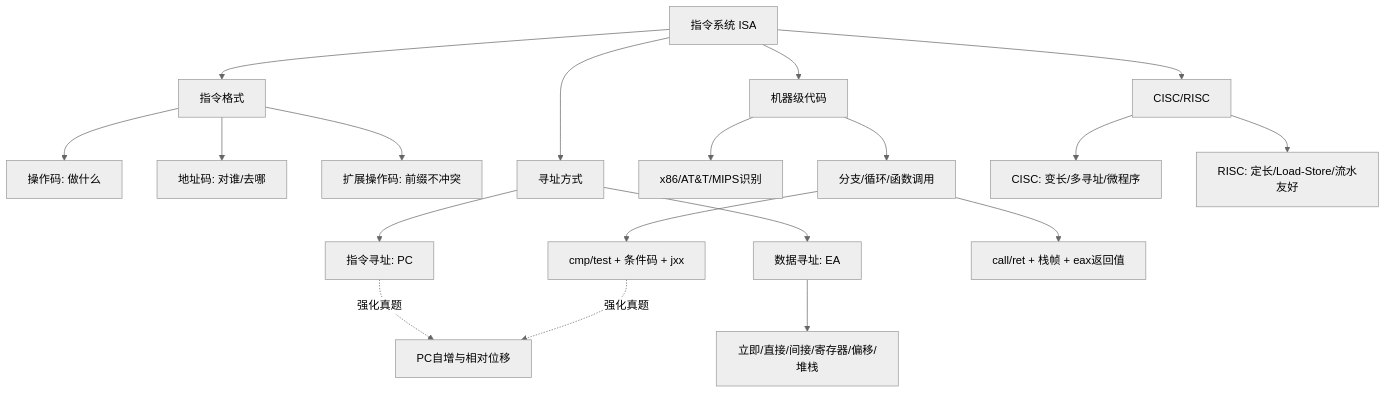
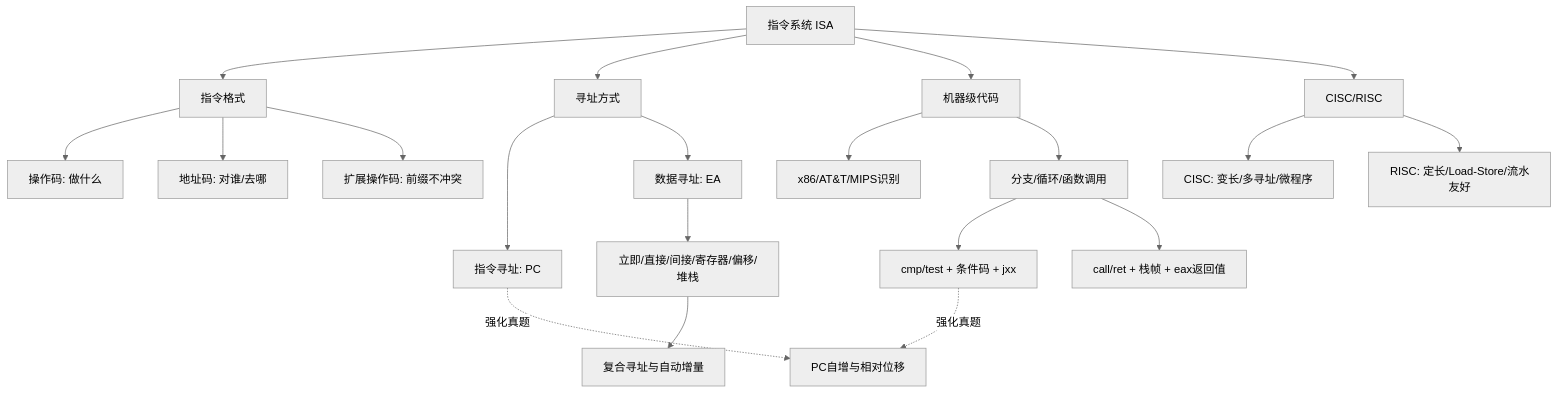
The diagram in 408/408考研笔记/计算机组成原理/04-指令系统.md (Cthaat/Obsidian), drawn with Mermaid (neutral theme) before and after one commit. The commit also changed other lines of this file and 129 other files, not shown here.

````diff
--- a/408/408考研笔记/计算机组成原理/04-指令系统.md
+++ b/408/408考研笔记/计算机组成原理/04-指令系统.md
@@ -32,21 +32,22 @@
 ```mermaid
 graph TD
   A[指令系统 ISA] --> B[指令格式]
   B --> B1[操作码: 做什么]
   B --> B2[地址码: 对谁/去哪]
   B --> B3[扩展操作码: 前缀不冲突]
   A --> C[寻址方式]
   C --> C1[指令寻址: PC]
   C --> C2[数据寻址: EA]
   C2 --> C3[立即/直接/间接/寄存器/偏移/堆栈]
+  C3 --> C4[复合寻址与自动增量]
   A --> D[机器级代码]
   D --> D1[x86/AT&T/MIPS识别]
   D --> D2[分支/循环/函数调用]
   D2 --> D3[cmp/test + 条件码 + jxx]
   D2 --> D4[call/ret + 栈帧 + eax返回值]
   A --> E[CISC/RISC]
   E --> E1[CISC: 变长/多寻址/微程序]
   E --> E2[RISC: 定长/Load-Store/流水友好]
   C1 -. 强化真题 .-> F[PC自增与相对位移]
   D3 -. 强化真题 .-> F
 ```
````
